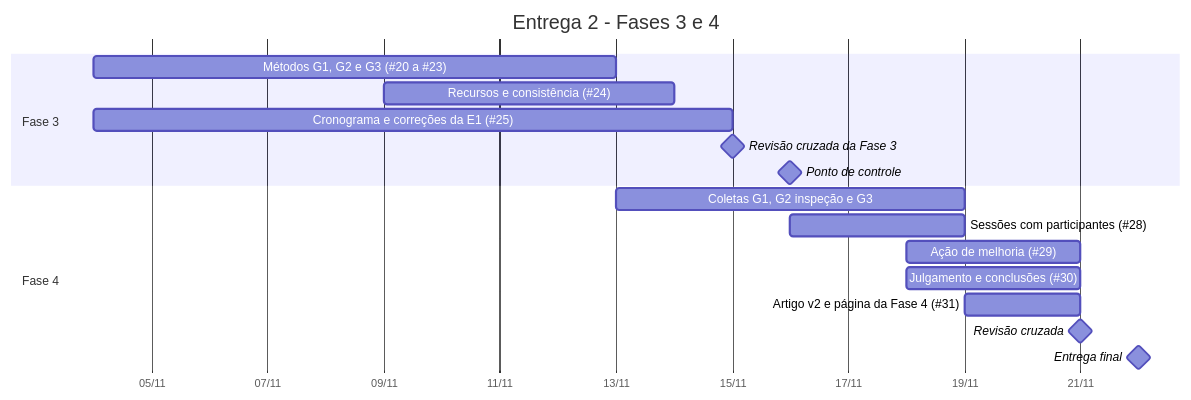
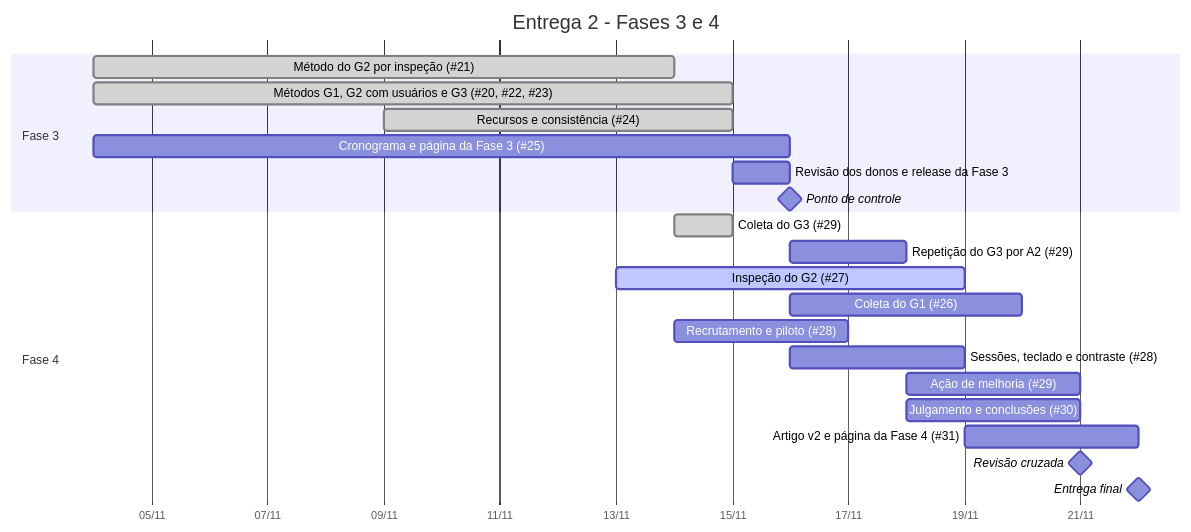
The diagram in docs/fase-3/cronograma.md (FCTE-Qualidade-de-Software-1/2026-2_T02_FRANCES_ALLEN), drawn with Mermaid before and after one commit. The commit also changed other lines of this file and 2 other files, not shown here.

First line of the commit message:
Fase 3: recursos, ambiente e consistência; cronograma replanejado

````diff
--- a/docs/fase-3/cronograma.md
+++ b/docs/fase-3/cronograma.md
@@ -40,20 +66,25 @@
 ```mermaid
 gantt
     title Entrega 2 - Fases 3 e 4
     dateFormat YYYY-MM-DD
     axisFormat %d/%m
     section Fase 3
-    Métodos G1, G2 e G3 (#20 a #23)       :f3a, 2026-11-04, 2026-11-13
-    Recursos e consistência (#24)          :f3b, 2026-11-09, 2026-11-14
-    Cronograma e correções da E1 (#25)     :f3c, 2026-11-04, 2026-11-15
-    Revisão cruzada da Fase 3              :milestone, 2026-11-15, 0d
-    Ponto de controle                      :milestone, 2026-11-16, 0d
+    Método do G2 por inspeção (#21)            :done, f3a, 2026-11-04, 2026-11-14
+    Métodos G1, G2 com usuários e G3 (#20, #22, #23) :done, f3b, 2026-11-04, 2026-11-15
+    Recursos e consistência (#24)              :done, f3c, 2026-11-09, 2026-11-15
+    Cronograma e página da Fase 3 (#25)        :f3d, 2026-11-04, 2026-11-16
+    Revisão dos donos e release da Fase 3      :f3e, 2026-11-15, 2026-11-16
+    Ponto de controle                          :milestone, 2026-11-16, 0d
     section Fase 4
-    Coletas G1, G2 inspeção e G3           :f4a, 2026-11-13, 2026-11-19
-    Sessões com participantes (#28)        :f4b, 2026-11-16, 2026-11-19
-    Ação de melhoria (#29)                 :f4c, 2026-11-18, 2026-11-21
-    Julgamento e conclusões (#30)          :f4d, 2026-11-18, 2026-11-21
-    Artigo v2 e página da Fase 4 (#31)     :f4e, 2026-11-19, 2026-11-21
-    Revisão cruzada                        :milestone, 2026-11-21, 0d
-    Entrega final                          :milestone, 2026-11-22, 0d
+    Coleta do G3 (#29)                         :done, f4a, 2026-11-14, 2026-11-15
+    Repetição do G3 por A2 (#29)               :f4b, 2026-11-16, 2026-11-18
+    Inspeção do G2 (#27)                       :active, f4c, 2026-11-13, 2026-11-19
+    Coleta do G1 (#26)                         :f4d, 2026-11-16, 2026-11-20
+    Recrutamento e piloto (#28)                :f4e, 2026-11-14, 2026-11-17
+    Sessões, teclado e contraste (#28)         :f4f, 2026-11-16, 2026-11-19
+    Ação de melhoria (#29)                     :f4g, 2026-11-18, 2026-11-21
+    Julgamento e conclusões (#30)              :f4h, 2026-11-18, 2026-11-21
+    Artigo v2 e página da Fase 4 (#31)         :f4i, 2026-11-19, 2026-11-22
+    Revisão cruzada                            :milestone, 2026-11-21, 0d
+    Entrega final                              :milestone, 2026-11-22, 0d
 ```
````
